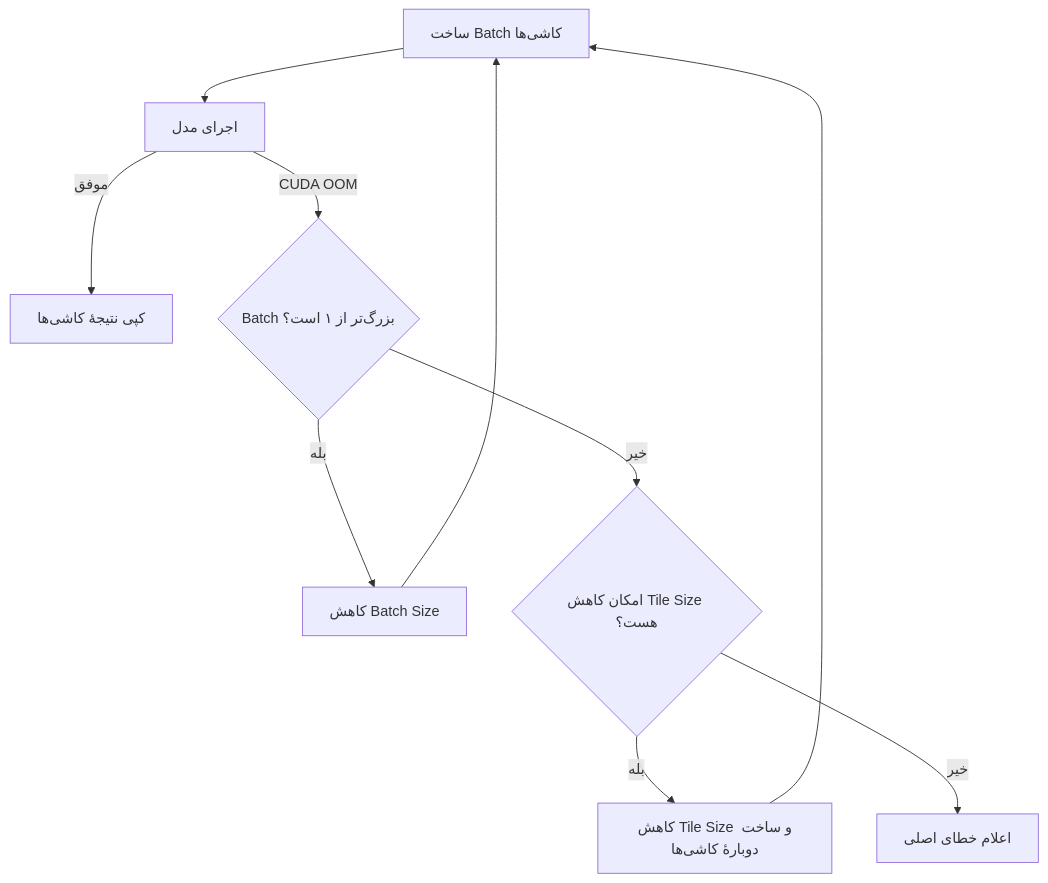
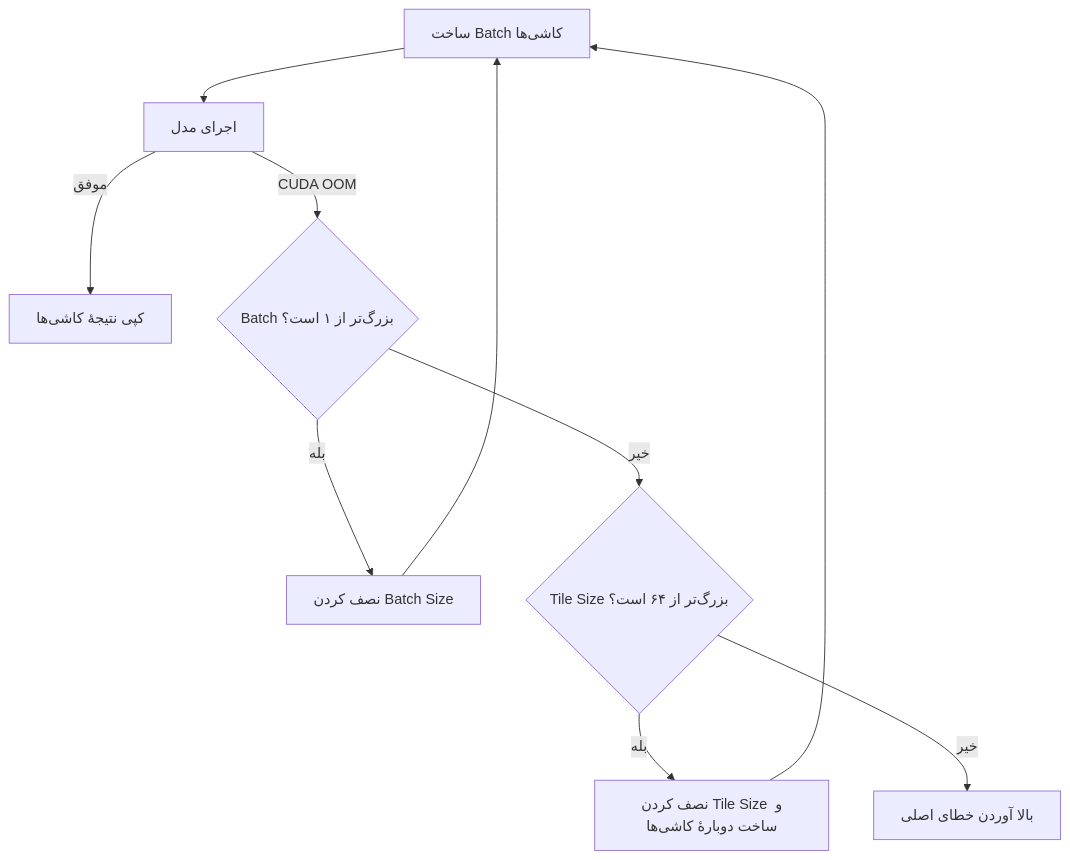
One commit to mahdisp1999/vidpipe changed the third of 6 diagrams in ARCHITECTURE_FA.md. Above: the diagram before and after it, drawn with Mermaid. The commit also changed other lines of this file and 5 other files, not shown here.

````diff
--- a/ARCHITECTURE_FA.md
+++ b/ARCHITECTURE_FA.md
@@ -171,12 +128,12 @@
 ```mermaid
 flowchart TD
     A[ساخت Batch کاشی‌ها] --> B[اجرای مدل]
     B -->|موفق| C[کپی نتیجهٔ کاشی‌ها]
     B -->|CUDA OOM| D{Batch بزرگ‌تر از ۱ است؟}
-    D -->|بله| E[کاهش Batch Size]
+    D -->|بله| E[نصف کردن Batch Size]
     E --> A
-    D -->|خیر| F{امکان کاهش Tile Size هست؟}
-    F -->|بله| G[کاهش Tile Size و ساخت دوبارهٔ کاشی‌ها]
+    D -->|خیر| F{Tile Size بزرگ‌تر از ۶۴ است؟}
+    F -->|بله| G[نصف کردن Tile Size و ساخت دوبارهٔ کاشی‌ها]
     G --> A
-    F -->|خیر| H[اعلام خطای اصلی]
+    F -->|خیر| H[بالا آوردن خطای اصلی]
 ```
````
